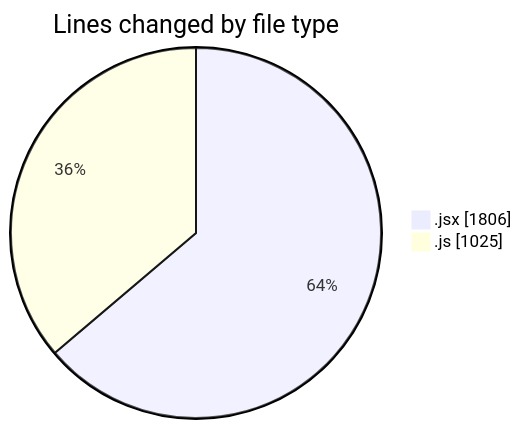
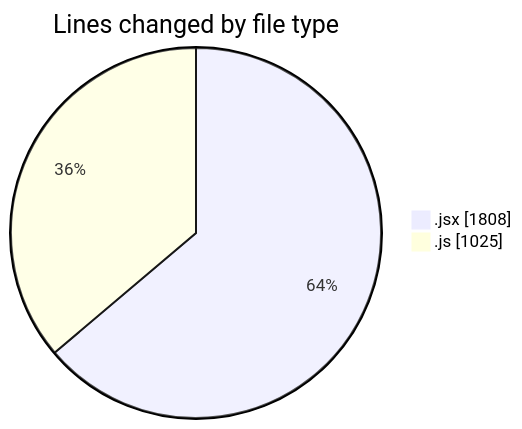
One commit to nxtqubesakshisongat/code-tracking changed the first of 2 diagrams in 2025-08-04/nxtqube_webapp/README.md. Above: the diagram before and after it, drawn with Mermaid. The commit also changed other lines of this file and 1 other file, not shown here.

````diff
--- a/2025-08-04/nxtqube_webapp/README.md
+++ b/2025-08-04/nxtqube_webapp/README.md
@@ -25,6 +25,6 @@
 ```mermaid
 pie showData
 title Lines changed by file type
-".jsx" : 1806
+".jsx" : 1808
 ".js" : 1025
 ```
````
